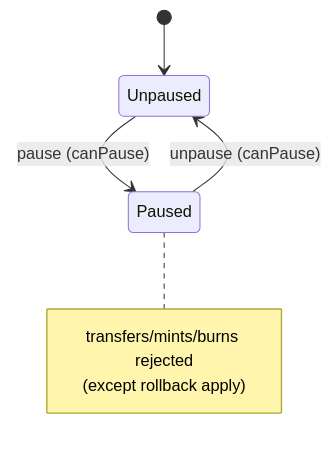
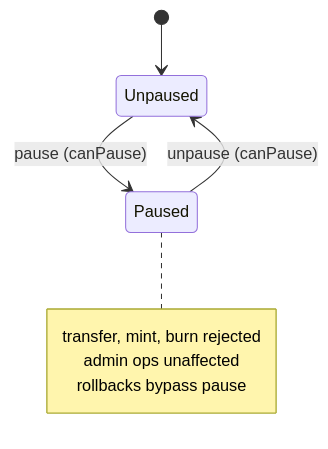
Before and after one commit to kynesyslabs/node: the third of 3 diagrams in documentation/tokens/README.md, drawn with Mermaid. The commit also changed other lines of this file and 1 other file, not shown here.

````diff
--- a/documentation/tokens/README.md
+++ b/documentation/tokens/README.md
@@ -245,11 +432,12 @@
 ```mermaid
 stateDiagram-v2
   [*] --> Unpaused
   Unpaused --> Paused: pause (canPause)
   Paused --> Unpaused: unpause (canPause)
 
   note right of Paused
-    transfers/mints/burns rejected
-    (except rollback apply)
+    transfer, mint, burn rejected
+    admin ops unaffected
+    rollbacks bypass pause
   end note
 ```
````
